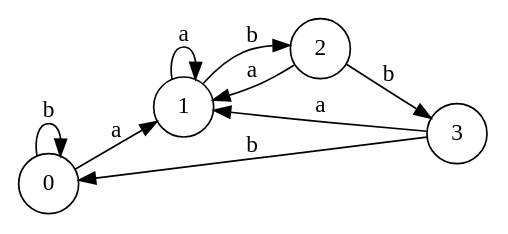
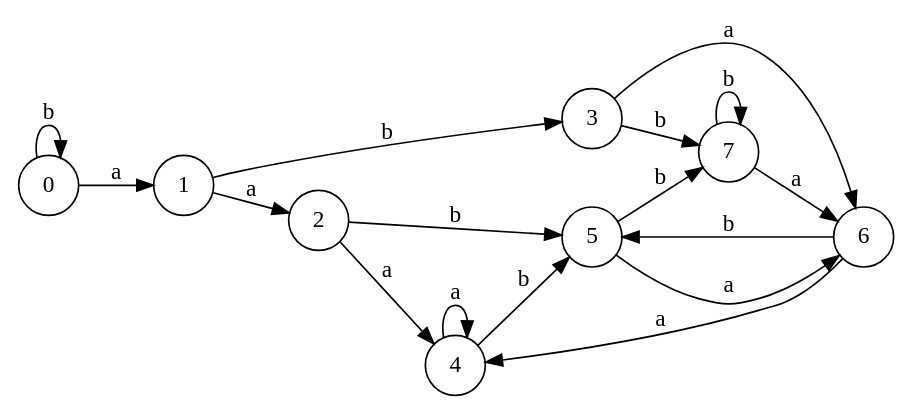
The diagram in fsmasd.gv (gusta257/Compis1), drawn with Graphviz before and after one commit. The commit also changed 10 other files, not shown here.

```diff
--- a/fsmasd.gv
+++ b/fsmasd.gv
@@ -1,19 +1,35 @@
 digraph finite_state_machine {
 	rankdir=LR size="8,5"
 	node [shape=circle]
 	0 -> 1 [label=a]
 	node [shape=circle]
 	0 -> 0 [label=b]
 	node [shape=circle]
-	1 -> 1 [label=a]
+	1 -> 2 [label=a]
 	node [shape=circle]
-	1 -> 2 [label=b]
+	1 -> 3 [label=b]
 	node [shape=circle]
-	2 -> 1 [label=a]
+	2 -> 4 [label=a]
 	node [shape=circle]
-	2 -> 3 [label=b]
+	2 -> 5 [label=b]
 	node [shape=circle]
-	3 -> 1 [label=a]
+	3 -> 6 [label=a]
 	node [shape=circle]
-	3 -> 0 [label=b]
+	3 -> 7 [label=b]
+	node [shape=circle]
+	4 -> 4 [label=a]
+	node [shape=circle]
+	4 -> 5 [label=b]
+	node [shape=circle]
+	5 -> 6 [label=a]
+	node [shape=circle]
+	5 -> 7 [label=b]
+	node [shape=circle]
+	6 -> 4 [label=a]
+	node [shape=circle]
+	6 -> 5 [label=b]
+	node [shape=circle]
+	7 -> 6 [label=a]
+	node [shape=circle]
+	7 -> 7 [label=b]
 }
```
